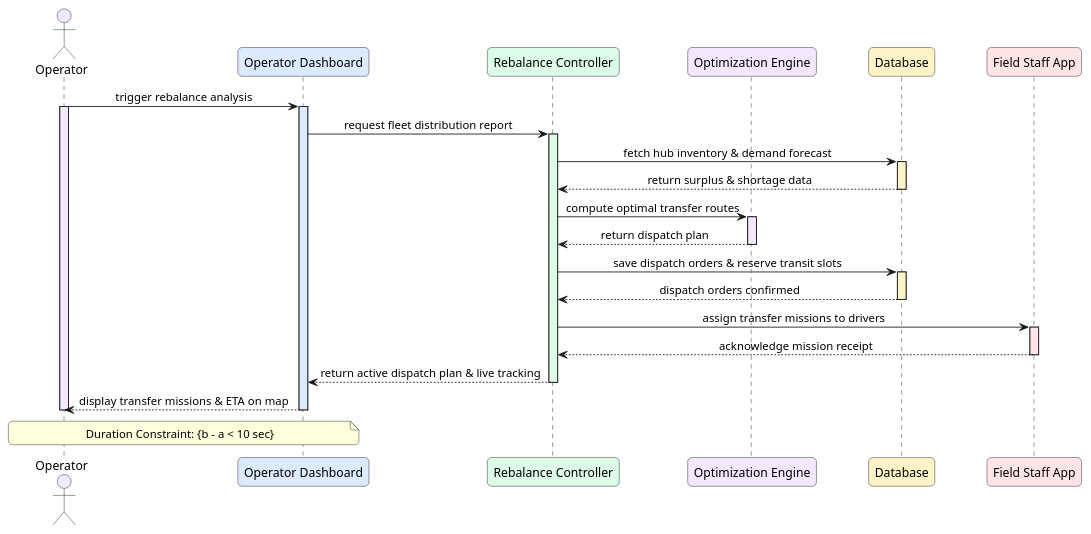
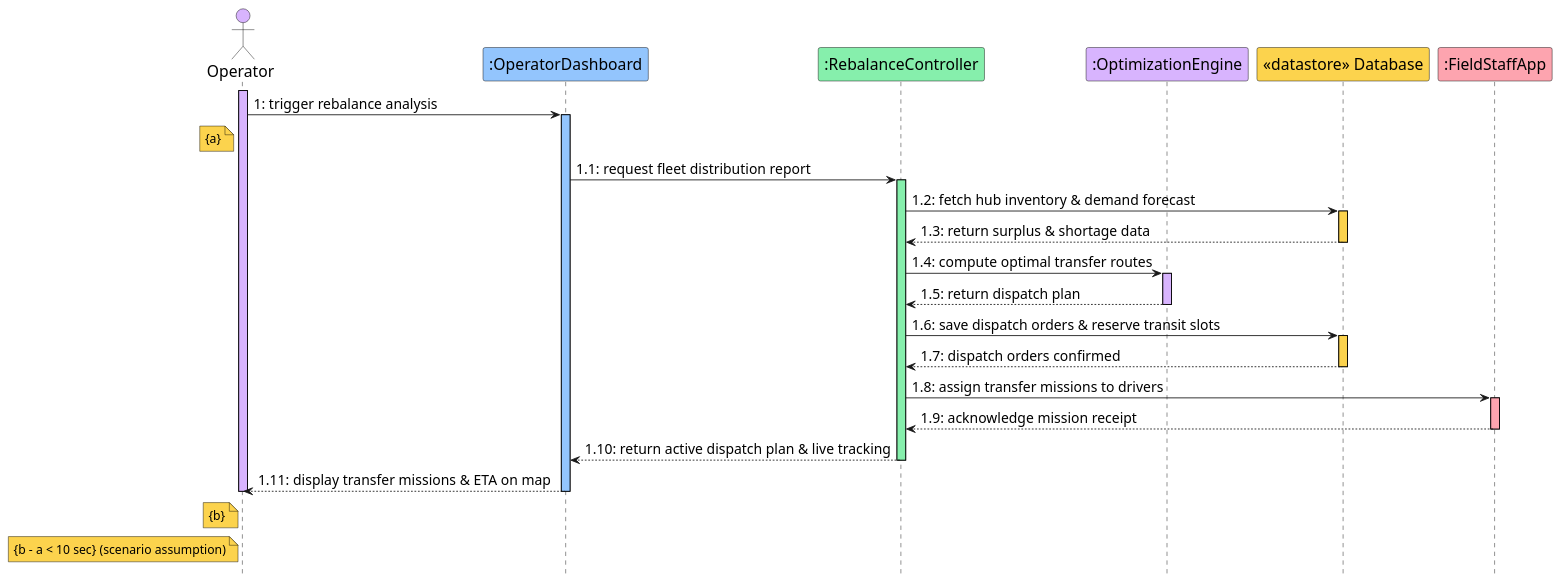
One commit to YdtTran/software-engineerning changed the ninth of 14 diagrams in 01_Diagram/02_Sequence_Diagram/PLANTUML_SEQUENCE.md. Above: the diagram before and after it, drawn with PlantUML. The commit also changed other lines of this file and 217 other files, not shown here.

````diff
--- a/01_Diagram/02_Sequence_Diagram/PLANTUML_SEQUENCE.md
+++ b/01_Diagram/02_Sequence_Diagram/PLANTUML_SEQUENCE.md
@@ -419,56 +459,61 @@
 ```plantuml
 @startuml
-skinparam sequenceMessageAlign center
-skinparam responseMessageBelowArrow false
-skinparam roundcorner 10
-skinparam ParticipantPadding 25
-skinparam BoxPadding 15
-
-actor "Operator" as Op #f3e8ff
-participant "Operator Dashboard" as Dash #dbeafe
-participant "Rebalance Controller" as Ctrl #dcfce7
-participant "Optimization Engine" as Opt #f3e8ff
-participant "Database" as DB #fef3c7
-participant "Field Staff App" as Staff #ffe4e6
-
-Op -> Dash: trigger rebalance analysis
-activate Op #f3e8ff
-activate Dash #dbeafe
-
-Dash -> Ctrl: request fleet distribution report
-activate Ctrl #dcfce7
-
-Ctrl -> DB: fetch hub inventory & demand forecast
-activate DB #fef3c7
-
-DB --> Ctrl: return surplus & shortage data
-deactivate DB
-
-Ctrl -> Opt: compute optimal transfer routes
-activate Opt #f3e8ff
-
-Opt --> Ctrl: return dispatch plan
-deactivate Opt
-
-Ctrl -> DB: save dispatch orders & reserve transit slots
-activate DB #fef3c7
-
-DB --> Ctrl: dispatch orders confirmed
-deactivate DB
-
-Ctrl -> Staff: assign transfer missions to drivers
-activate Staff #ffe4e6
-
-Staff --> Ctrl: acknowledge mission receipt
-deactivate Staff
-
-Ctrl --> Dash: return active dispatch plan & live tracking
-deactivate Ctrl
-
-Dash --> Op: display transfer missions & ETA on map
-deactivate Dash
-deactivate Op
-
-note over Op, Dash: Duration Constraint: {b - a < 10 sec}
+hide footbox
+skinparam backgroundColor #ffffff
+skinparam defaultFontName Segoe UI
+skinparam defaultFontColor #000000
+skinparam defaultFontSize 16
+skinparam sequence {
+  ParticipantBorderColor #000000
+  ParticipantFontColor #000000
+  ParticipantFontSize 18
+  ActorBorderColor #000000
+  ActorFontColor #000000
+  ActorFontSize 18
+  LifeLineBorderColor #000000
+}
+skinparam ArrowFontColor #000000
+skinparam ArrowFontSize 16
+skinparam noteFontColor #000000
+skinparam noteFontSize 14
+skinparam noteBorderColor #000000
+skinparam noteBackgroundColor #fcd34d
+skinparam titleFontColor #000000
+skinparam titleFontSize 22
+actor "Operator" as P0 #d8b4fe
+participant ":OperatorDashboard" as P1 #93c5fd
+participant ":RebalanceController" as P2 #86efac
+participant ":OptimizationEngine" as P3 #d8b4fe
+participant "<<datastore>> Database" as P4 #fcd34d
+participant ":FieldStaffApp" as P5 #fda4af
+activate P0 #d8b4fe
+P0->P1: 1: trigger rebalance analysis
+activate P1 #93c5fd
+note left of P0: {a}
+P1->P2: 1.1: request fleet distribution report
+activate P2 #86efac
+P2->P4: 1.2: fetch hub inventory & demand forecast
+activate P4 #fcd34d
+P4-->P2: 1.3: return surplus & shortage data
+deactivate P4
+P2->P3: 1.4: compute optimal transfer routes
+activate P3 #d8b4fe
+P3-->P2: 1.5: return dispatch plan
+deactivate P3
+P2->P4: 1.6: save dispatch orders & reserve transit slots
+activate P4 #fcd34d
+P4-->P2: 1.7: dispatch orders confirmed
+deactivate P4
+P2->P5: 1.8: assign transfer missions to drivers
+activate P5 #fda4af
+P5-->P2: 1.9: acknowledge mission receipt
+deactivate P5
+P2-->P1: 1.10: return active dispatch plan & live tracking
+deactivate P2
+P1-->P0: 1.11: display transfer missions & ETA on map
+note left of P0: {b}
+deactivate P0
+deactivate P1
+note left of P0: {b - a < 10 sec} (scenario assumption)
 @enduml
 ```
````
